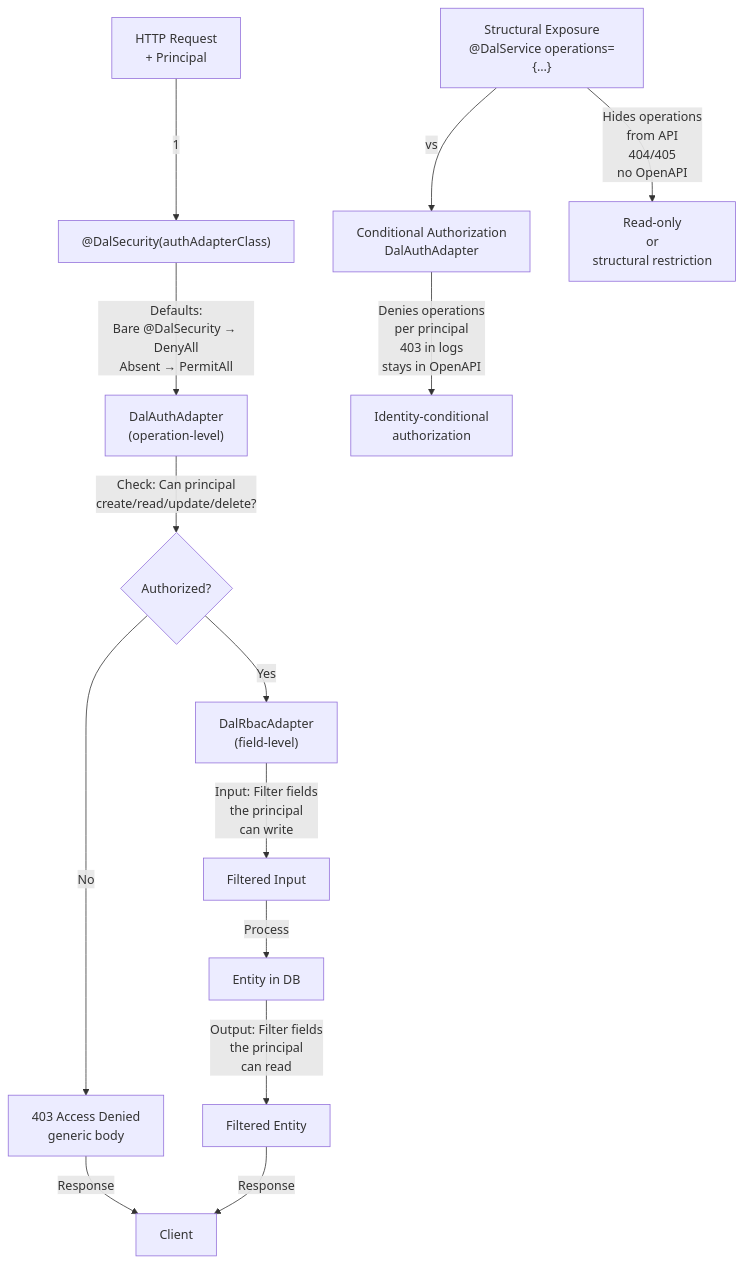
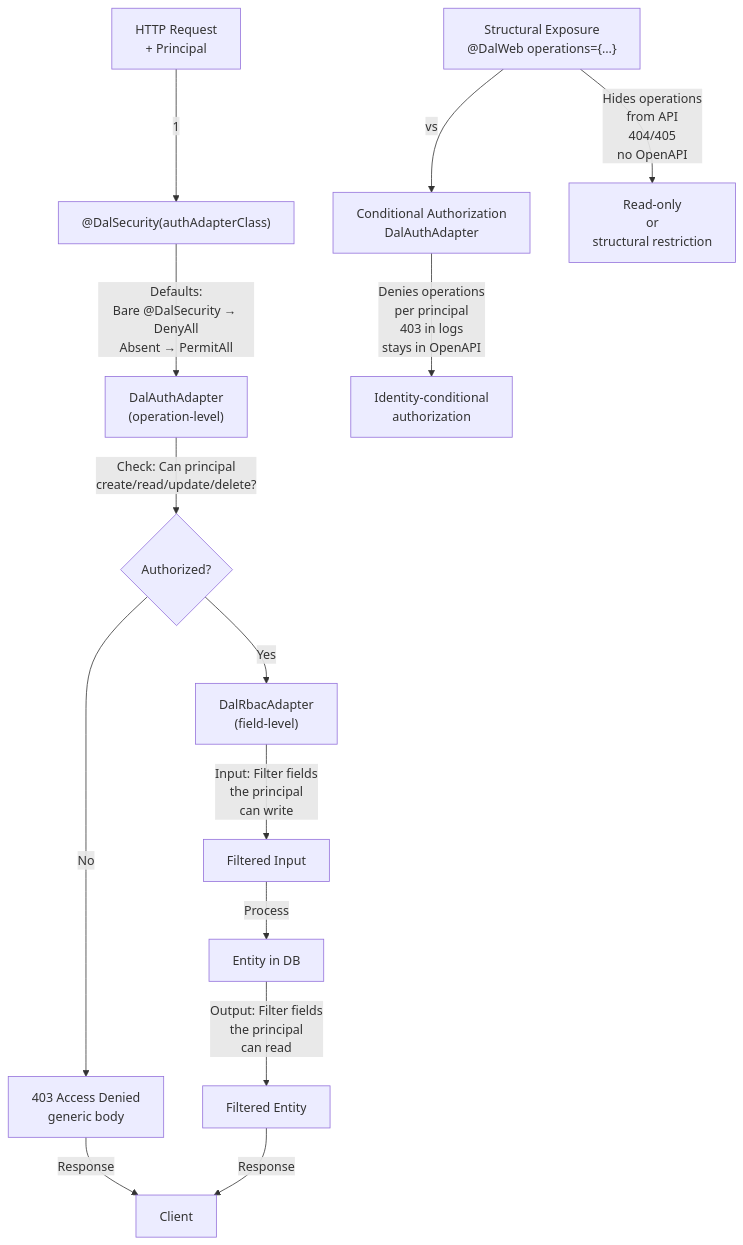
One commit to marcopag90/telaio changed the seventh of 9 diagrams in docs/architecture.md. Above: the diagram before and after it, drawn with Mermaid. The commit also changed other lines of this file and 9 other files, not shown here.

First line of the commit message:
docs: channel vocabulary, @DalWeb exposure and the 3.0.0 breaking entries

````diff
--- a/docs/architecture.md
+++ b/docs/architecture.md
@@ -244,16 +248,16 @@
 ```mermaid
 graph TD
     A["HTTP Request<br/>+ Principal"] -->|1| B["@DalSecurity(authAdapterClass)"]
     B -->|Defaults:<br/>Bare @DalSecurity → DenyAll<br/>Absent → PermitAll| C["DalAuthAdapter<br/>(operation-level)"]
     C -->|Check: Can principal<br/>create/read/update/delete?| D{Authorized?}
     D -->|No| E["403 Access Denied<br/>generic body"]
     E -->|Response| Z["Client"]
     D -->|Yes| F["DalRbacAdapter<br/>(field-level)"]
     F -->|Input: Filter fields<br/>the principal<br/>can write| G["Filtered Input"]
     G -->|Process| H["Entity in DB"]
     H -->|Output: Filter fields<br/>the principal<br/>can read| I["Filtered Entity"]
     I -->|Response| Z
-    J["Structural Exposure<br/>@DalService operations={…}"] -->|vs| K["Conditional Authorization<br/>DalAuthAdapter"]
+    J["Structural Exposure<br/>@DalWeb operations={…}"] -->|vs| K["Conditional Authorization<br/>DalAuthAdapter"]
     J -->|Hides operations<br/>from API<br/>404/405<br/>no OpenAPI| L["Read-only<br/>or<br/>structural restriction"]
     K -->|Denies operations<br/>per principal<br/>403 in logs<br/>stays in OpenAPI| M["Identity-conditional<br/>authorization"]
 ```
````
